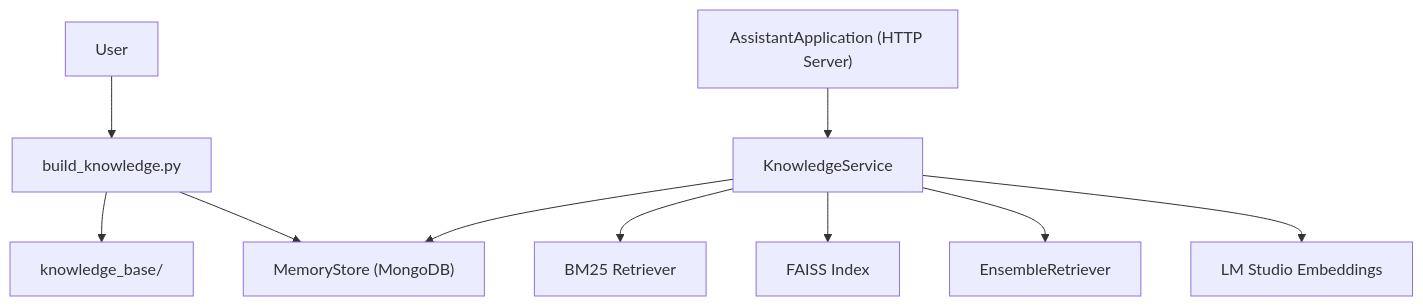
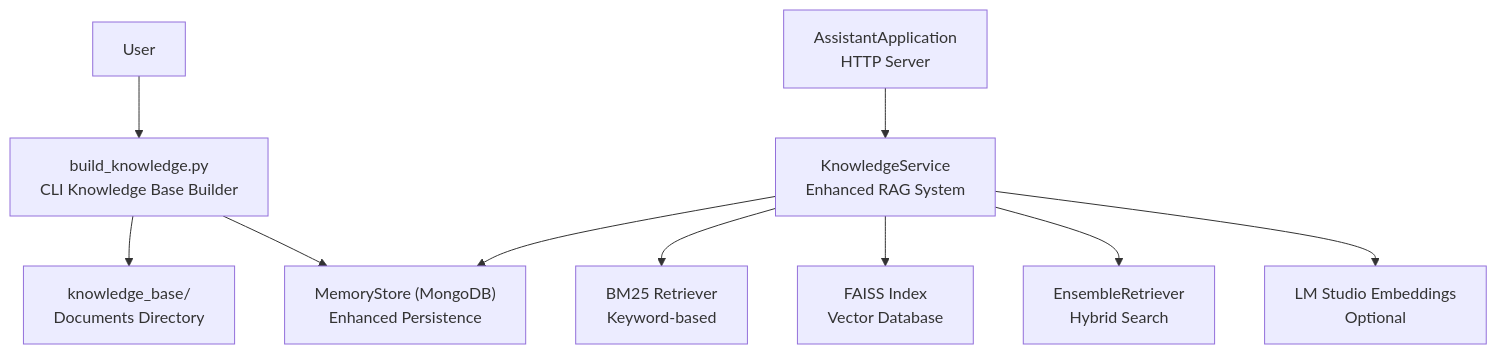
Before and after one commit to Sovetsky-Soyuz/AI-Assistant: the second of 7 diagrams in .qoder/repowiki/en/content/Features and Capabilities/Knowledge Management and RAG.md, drawn with Mermaid. The commit also changed other lines of this file and 14 other files, not shown here.

````diff
--- a/.qoder/repowiki/en/content/Features and Capabilities/Knowledge Management and RAG.md
+++ b/.qoder/repowiki/en/content/Features and Capabilities/Knowledge Management and RAG.md
@@ -106,22 +120,22 @@
 ```mermaid
 graph TB
 U["User"]
-CLI["build_knowledge.py"]
-KB_DIR["knowledge_base/"]
-MS["MemoryStore (MongoDB)"]
-KS["KnowledgeService"]
-SRV["AssistantApplication (HTTP Server)"]
-EMB["LM Studio Embeddings"]
-FAISS["FAISS Index"]
-BM25["BM25 Retriever"]
-EN["EnsembleRetriever"]
+CLI["build_knowledge.py<br/>CLI Knowledge Base Builder"]
+KB_DIR["knowledge_base/<br/>Documents Directory"]
+MS["MemoryStore (MongoDB)<br/>Enhanced Persistence"]
+KS["KnowledgeService<br/>Enhanced RAG System"]
+SRV["AssistantApplication<br/>HTTP Server"]
+EMB["LM Studio Embeddings<br/>Optional"]
+FAISS["FAISS Index<br/>Vector Database"]
+BM25["BM25 Retriever<br/>Keyword-based"]
+EN["EnsembleRetriever<br/>Hybrid Search"]
 U --> CLI
 CLI --> KB_DIR
 CLI --> MS
 SRV --> KS
 KS --> MS
 KS --> BM25
 KS --> FAISS
 KS --> EN
 KS --> EMB
 ```
````
